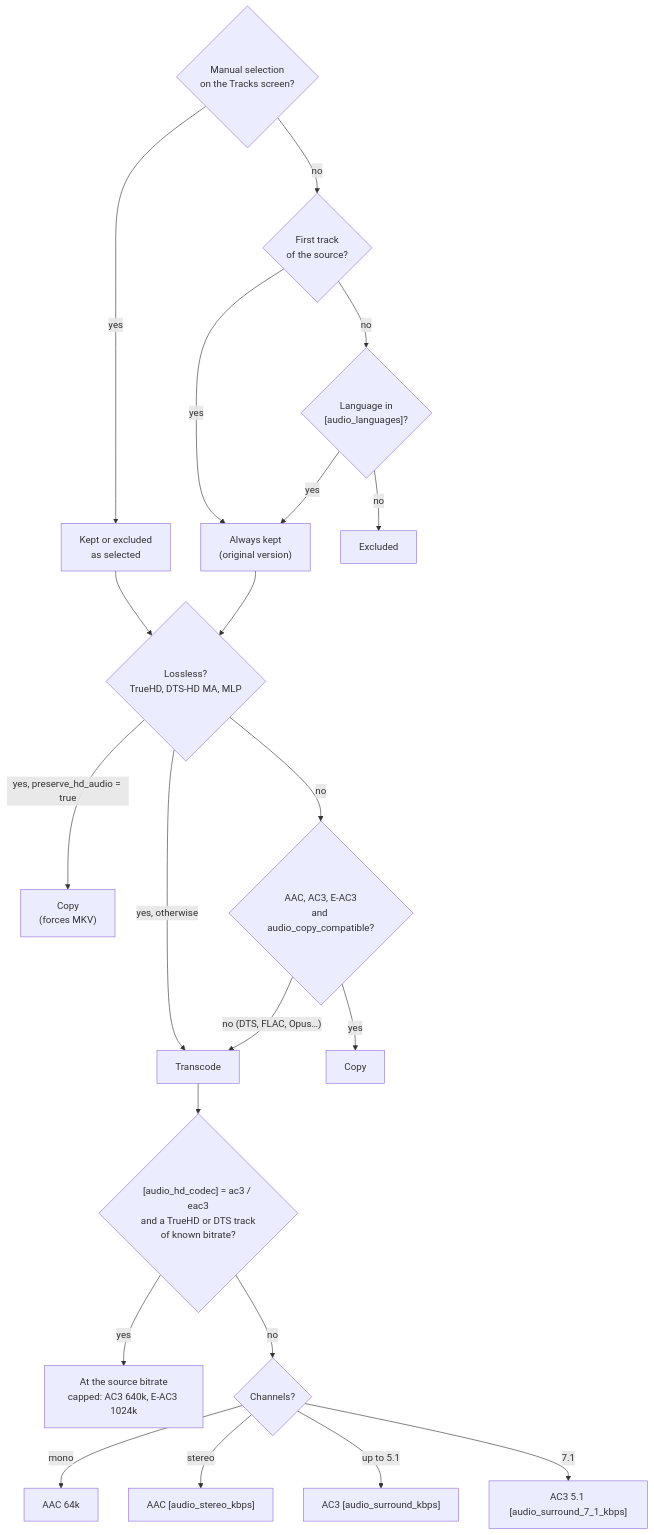
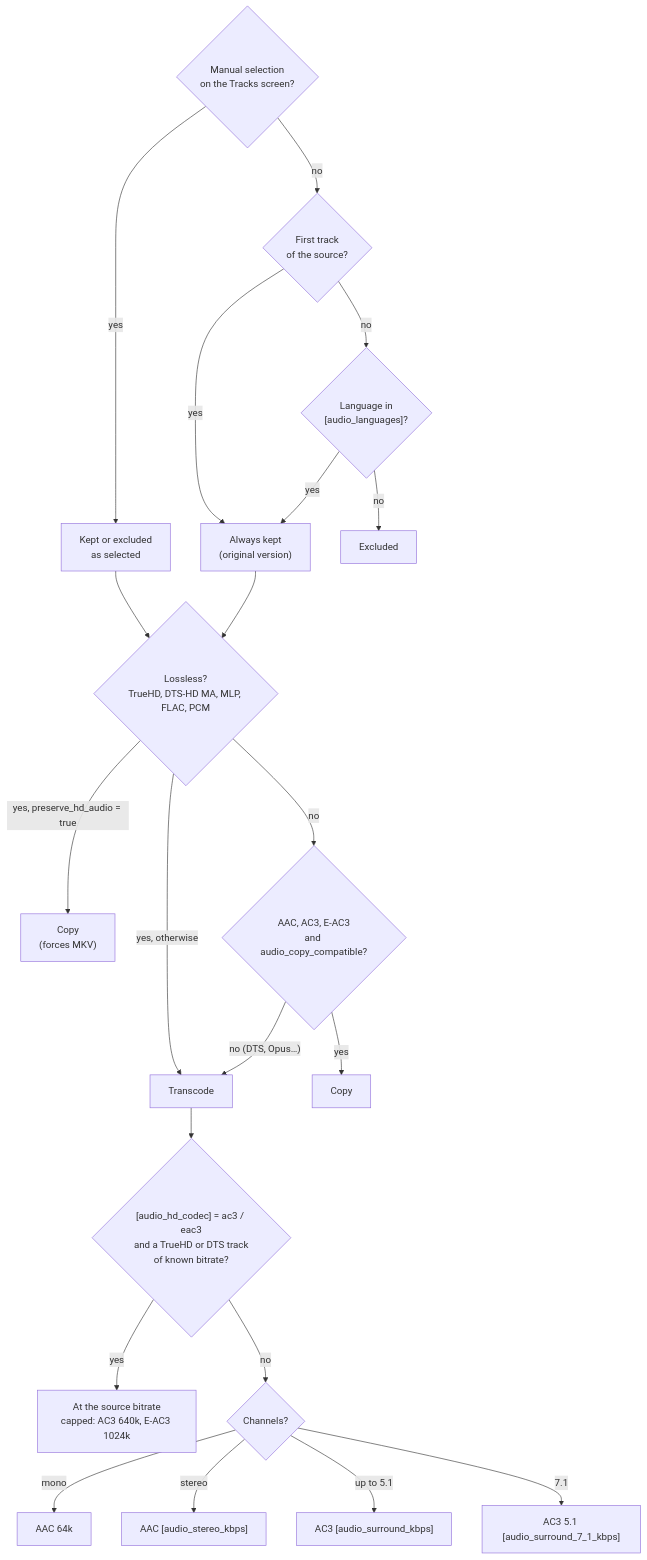
Before and after one commit to opegon/IRIS_Encode: the fourth of 6 diagrams in README.md, drawn with Mermaid. The commit also changed other lines of this file and 13 other files, not shown here.

First line of the commit message:
release: v0.9.1.13 — FLAC et PCM recopiés avec preserve_hd_audio

````diff
--- a/README.md
+++ b/README.md
@@ -137,24 +137,24 @@
 ```mermaid
 flowchart TD
     A0{"Manual selection<br/>on the Tracks screen?"}
     A0 -->|yes| A1["Kept or excluded<br/>as selected"]
     A0 -->|no| A2{"First track<br/>of the source?"}
     A2 -->|yes| A3["Always kept<br/>(original version)"]
     A2 -->|no| A4{"Language in<br/>[audio_languages]?"}
     A4 -->|no| AX["Excluded"]
     A4 -->|yes| A3
     A1 --> B0
-    A3 --> B0{"Lossless?<br/>TrueHD, DTS-HD MA, MLP"}
+    A3 --> B0{"Lossless?<br/>TrueHD, DTS-HD MA, MLP, FLAC, PCM"}
     B0 -->|"yes, preserve_hd_audio = true"| CP1["Copy<br/>(forces MKV)"]
     B0 -->|"yes, otherwise"| TR["Transcode"]
     B0 -->|no| B1{"AAC, AC3, E-AC3<br/>and audio_copy_compatible?"}
     B1 -->|yes| CP2["Copy"]
-    B1 -->|"no (DTS, FLAC, Opus…)"| TR
+    B1 -->|"no (DTS, Opus…)"| TR
     TR --> T0{"[audio_hd_codec] = ac3 / eac3<br/>and a TrueHD or DTS track<br/>of known bitrate?"}
     T0 -->|yes| T1["At the source bitrate<br/>capped: AC3 640k, E-AC3 1024k"]
     T0 -->|no| T2{"Channels?"}
     T2 -->|mono| T3["AAC 64k"]
     T2 -->|stereo| T4["AAC [audio_stereo_kbps]"]
     T2 -->|"up to 5.1"| T5["AC3 [audio_surround_kbps]"]
     T2 -->|7.1| T6["AC3 5.1 [audio_surround_7_1_kbps]"]
 ```
````
